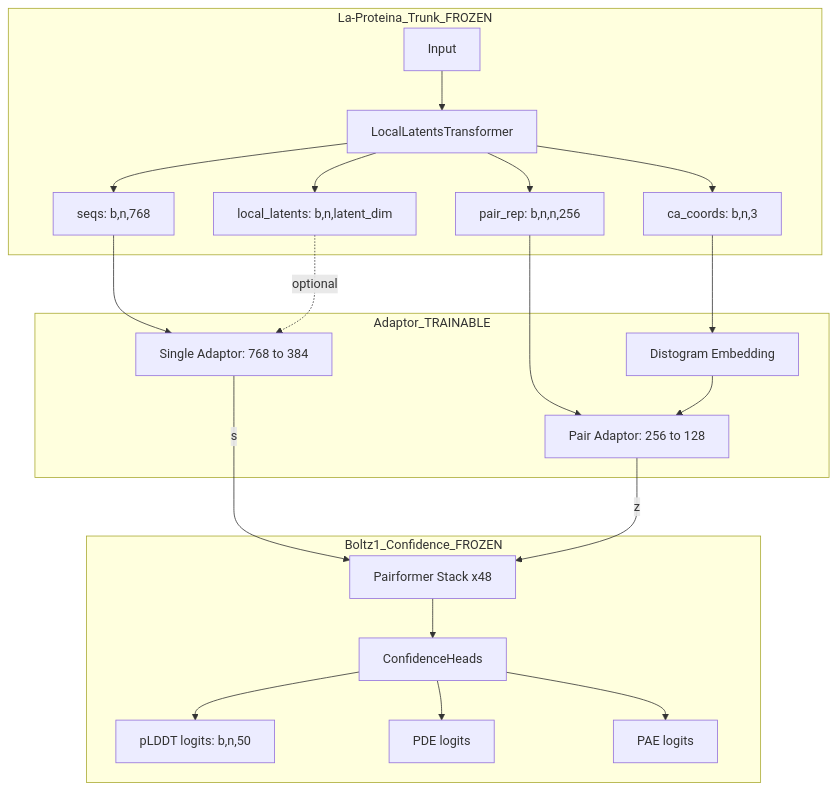
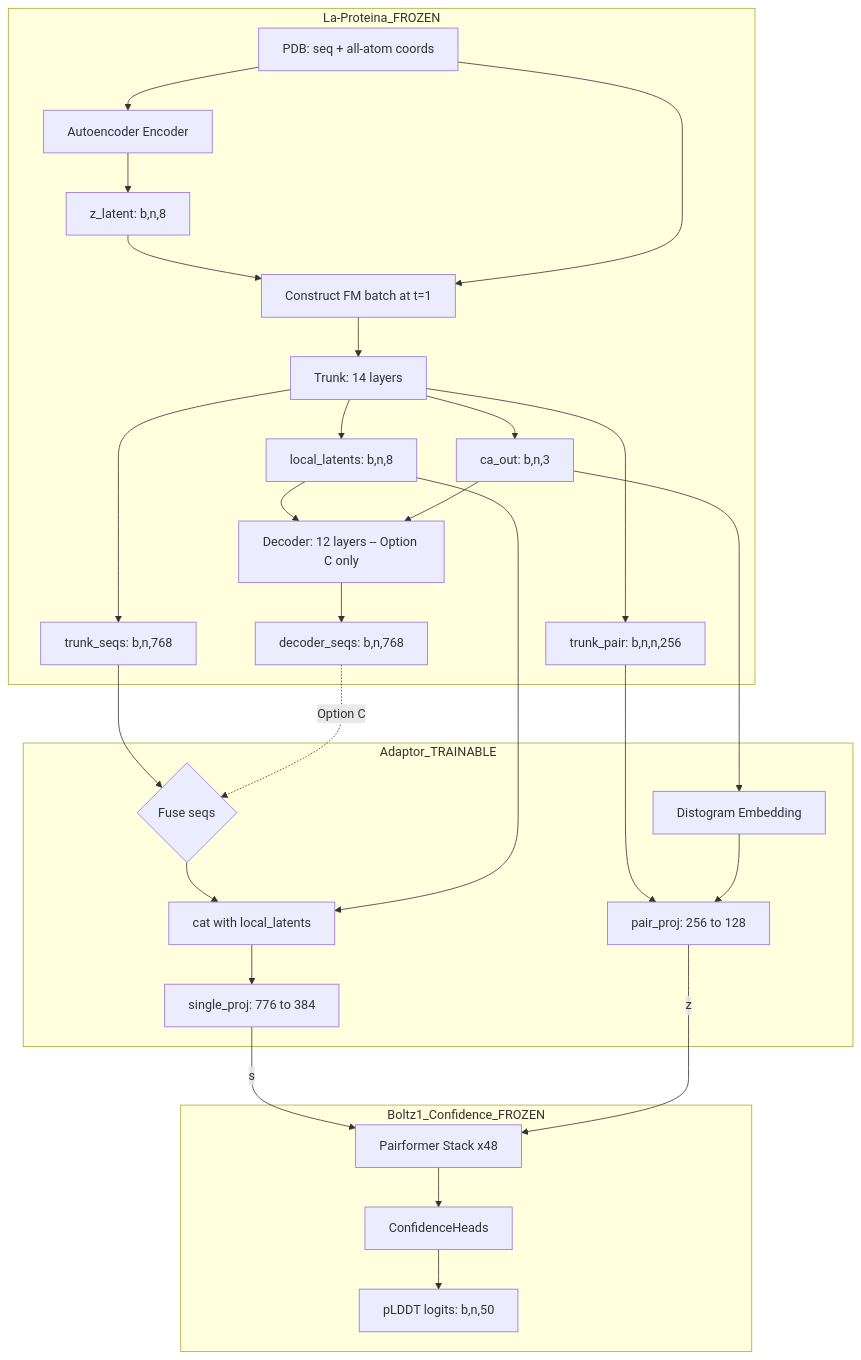
The diagram in plans/architecture.md (stanislav-chekmenev/quality-graft), drawn with Mermaid before and after one commit. The commit also changed other lines of this file and 13 other files, not shown here.

````diff
--- a/plans/architecture.md
+++ b/plans/architecture.md
@@ -316,27 +756,35 @@
 ```mermaid
 graph TD
-    subgraph La-Proteina_Trunk_FROZEN
-        LP_IN[Input] --> LP_TRUNK[LocalLatentsTransformer]
-        LP_TRUNK --> LP_S[seqs: b,n,768]
-        LP_TRUNK --> LP_Z[pair_rep: b,n,n,256]
-        LP_TRUNK --> LP_L[local_latents: b,n,latent_dim]
-        LP_TRUNK --> LP_CA[ca_coords: b,n,3]
+    subgraph La-Proteina_FROZEN
+        LP_IN[PDB: seq + all-atom coords] --> LP_AE[Autoencoder Encoder]
+        LP_AE --> LP_Z[z_latent: b,n,8]
+        LP_Z --> LP_FM[Construct FM batch at t=1]
+        LP_IN --> LP_FM
+        LP_FM --> LP_TRUNK[Trunk: 14 layers]
+        LP_TRUNK --> LP_S[trunk_seqs: b,n,768]
+        LP_TRUNK --> LP_P[trunk_pair: b,n,n,256]
+        LP_TRUNK --> LP_L[local_latents: b,n,8]
+        LP_TRUNK --> LP_CA[ca_out: b,n,3]
+        LP_L --> LP_DEC[Decoder: 12 layers -- Option C only]
+        LP_CA --> LP_DEC
+        LP_DEC --> LP_DS[decoder_seqs: b,n,768]
     end
 
     subgraph Adaptor_TRAINABLE
-        LP_S --> ADAPT_S[Single Adaptor: 768 to 384]
-        LP_Z --> ADAPT_Z[Pair Adaptor: 256 to 128]
-        LP_L -.optional.-> ADAPT_S
-        LP_CA --> DISTOGRAM[Distogram Embedding]
-        DISTOGRAM --> ADAPT_Z
+        LP_S --> FUSE{Fuse seqs}
+        LP_DS -.Option C.-> FUSE
+        FUSE --> CAT[cat with local_latents]
+        LP_L --> CAT
+        CAT --> SPROJ[single_proj: 776 to 384]
+        LP_P --> ZPROJ[pair_proj: 256 to 128]
+        LP_CA --> DISTO[Distogram Embedding]
+        DISTO --> ZPROJ
     end
 
     subgraph Boltz1_Confidence_FROZEN
-        ADAPT_S --> |s| PAIRFORMER[Pairformer Stack x48]
-        ADAPT_Z --> |z| PAIRFORMER
-        PAIRFORMER --> HEADS[ConfidenceHeads]
+        SPROJ --> |s| PF[Pairformer Stack x48]
+        ZPROJ --> |z| PF
+        PF --> HEADS[ConfidenceHeads]
         HEADS --> PLDDT[pLDDT logits: b,n,50]
-        HEADS --> PDE[PDE logits]
-        HEADS --> PAE[PAE logits]
     end
 ```
````
